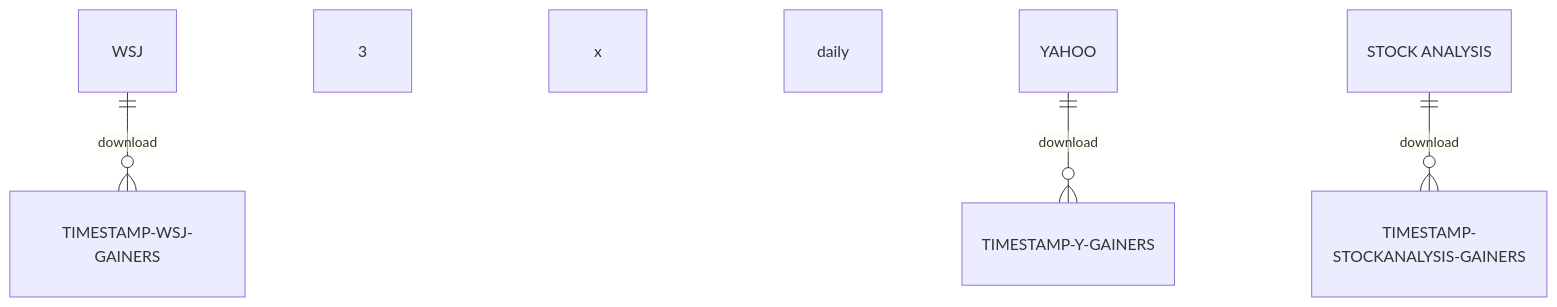
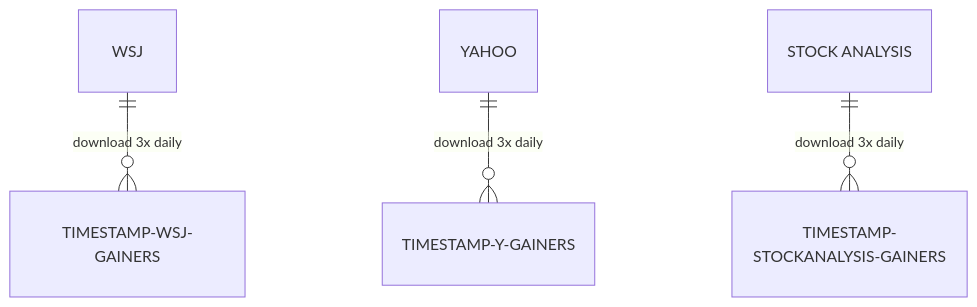
Before and after one commit to KazBarker/SP25_DS5111_nrg6cb: the first of 2 diagrams in ERD/ERD.md, drawn with Mermaid.

Commit message:
fixing syntax

````diff
--- a/ERD/ERD.md
+++ b/ERD/ERD.md
@@ -2,6 +2,6 @@
 ```mermaid
 erDiagram
-    WSJ only one to zero or more TIMESTAMP-WSJ-GAINERS : download 3x daily
-    YAHOO only one to zero or more TIMESTAMP-Y-GAINERS : download 3x daily
-    "STOCK ANALYSIS" only one to zero or more TIMESTAMP-STOCKANALYSIS-GAINERS : download 3x daily
+    WSJ only one to zero or more TIMESTAMP-WSJ-GAINERS : "download 3x daily"
+    YAHOO only one to zero or more TIMESTAMP-Y-GAINERS : "download 3x daily"
+    "STOCK ANALYSIS" only one to zero or more TIMESTAMP-STOCKANALYSIS-GAINERS : "download 3x daily"
 ```
````
